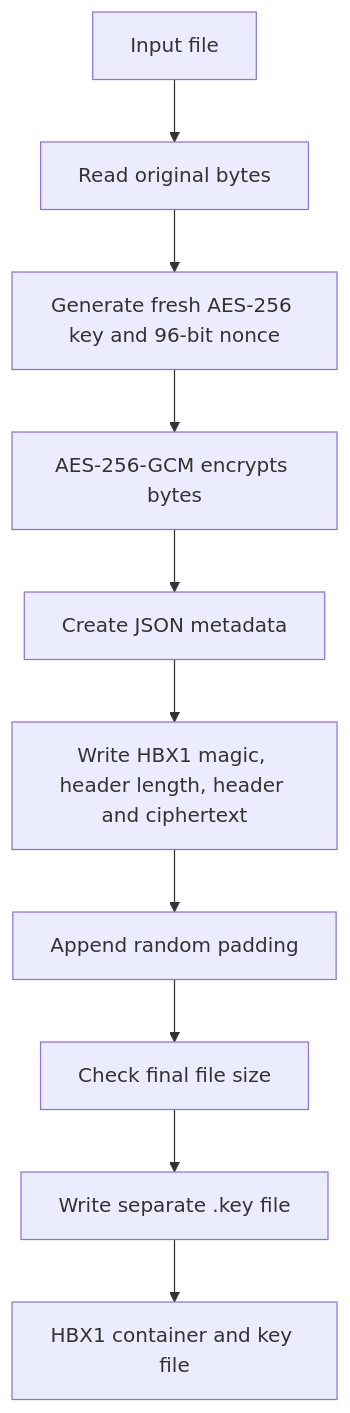
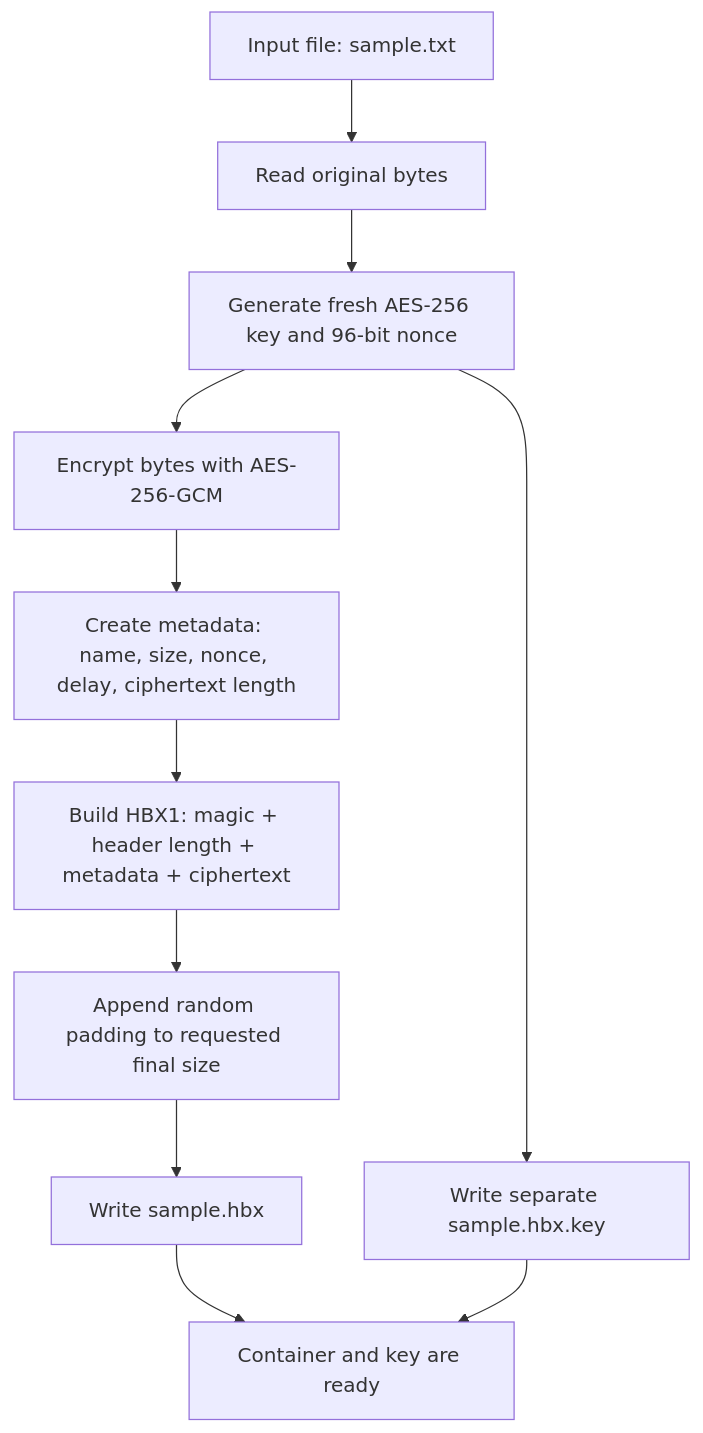
Before and after one commit to fahdaguenouz/hidden-bytes: the fourth of 7 diagrams in README.md, drawn with Mermaid. The commit also changed other lines of this file and 3 other files, not shown here.

Commit message:
upgrading the readme with the flow

````diff
--- a/README.md
+++ b/README.md
@@ -299,12 +462,13 @@
 ```mermaid
 flowchart TD
-    A[Input file] --> B[Read original bytes]
+    A[Input file: sample.txt] --> B[Read original bytes]
     B --> C[Generate fresh AES-256 key and 96-bit nonce]
-    C --> D[AES-256-GCM encrypts bytes]
-    D --> E[Create JSON metadata]
-    E --> F[Write HBX1 magic, header length, header and ciphertext]
-    F --> G[Append random padding]
-    G --> H[Check final file size]
-    H --> I[Write separate .key file]
-    I --> J[HBX1 container and key file]
+    C --> D[Encrypt bytes with AES-256-GCM]
+    D --> E[Create metadata: name, size, nonce, delay, ciphertext length]
+    E --> F[Build HBX1: magic + header length + metadata + ciphertext]
+    F --> G[Append random padding to requested final size]
+    G --> H[Write sample.hbx]
+    C --> I[Write separate sample.hbx.key]
+    H --> J[Container and key are ready]
+    I --> J
 ```
````
